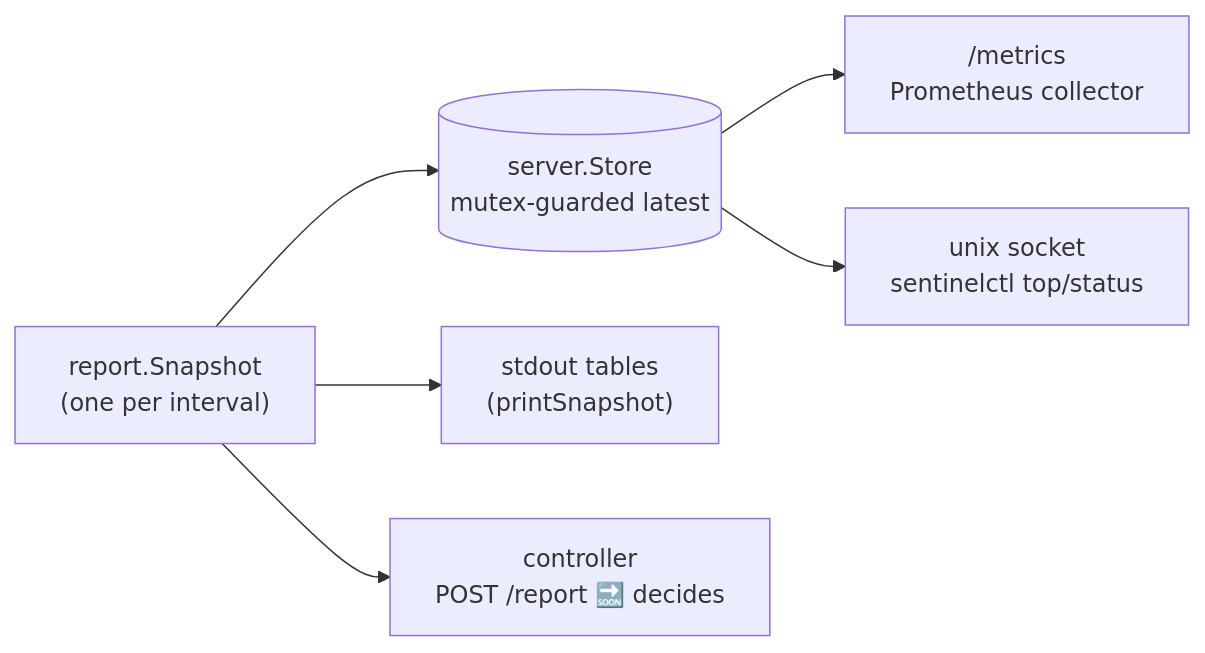
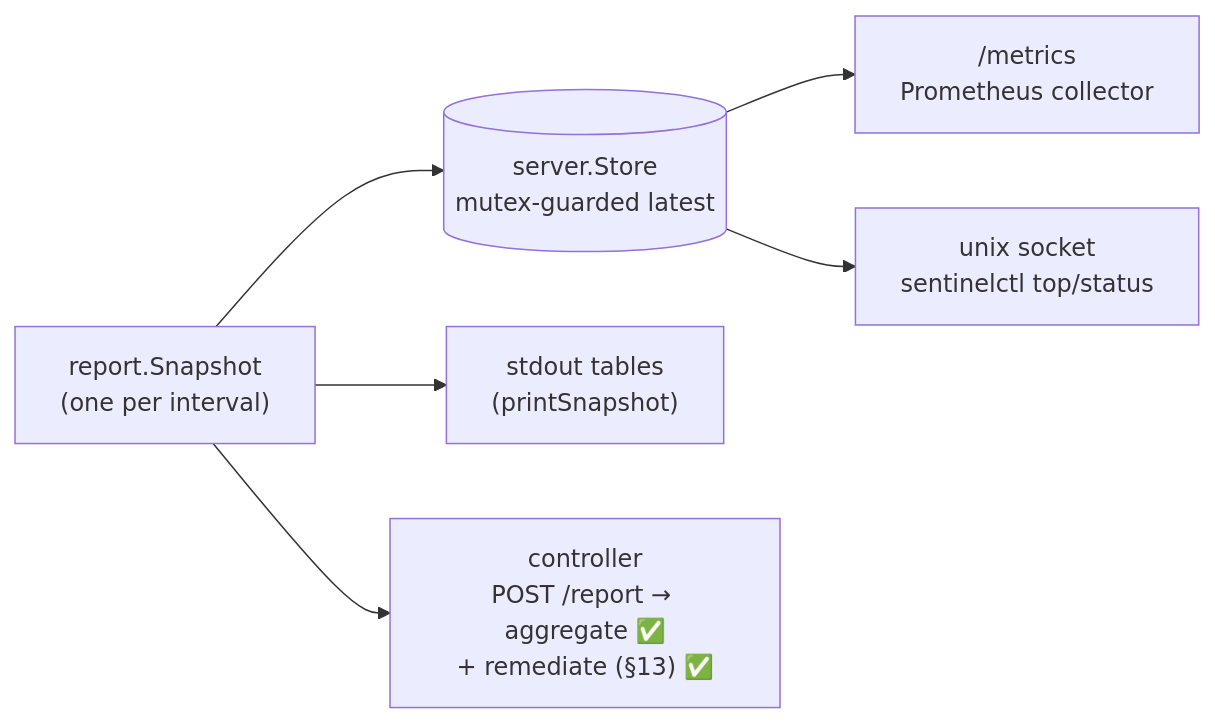
Before and after one commit to codecrafted007/node-sentinel: the eighth of 13 diagrams in docs/DEEPDIVE.md, drawn with Mermaid. The commit also changed other lines of this file, not shown here.

````diff
--- a/docs/DEEPDIVE.md
+++ b/docs/DEEPDIVE.md
@@ -873,8 +899,8 @@
 ```mermaid
 flowchart LR
     snap["report.Snapshot<br/>(one per interval)"] --> store[("server.Store<br/>mutex-guarded latest")]
     snap --> stdout["stdout tables<br/>(printSnapshot)"]
     store --> prom["/metrics<br/>Prometheus collector"]
     store --> ctl["unix socket<br/>sentinelctl top/status"]
-    snap --> ctrl["controller<br/>POST /report 🔜 decides"]
+    snap --> ctrl["controller<br/>POST /report → aggregate ✅<br/>+ remediate (§13) ✅"]
 ```
````
